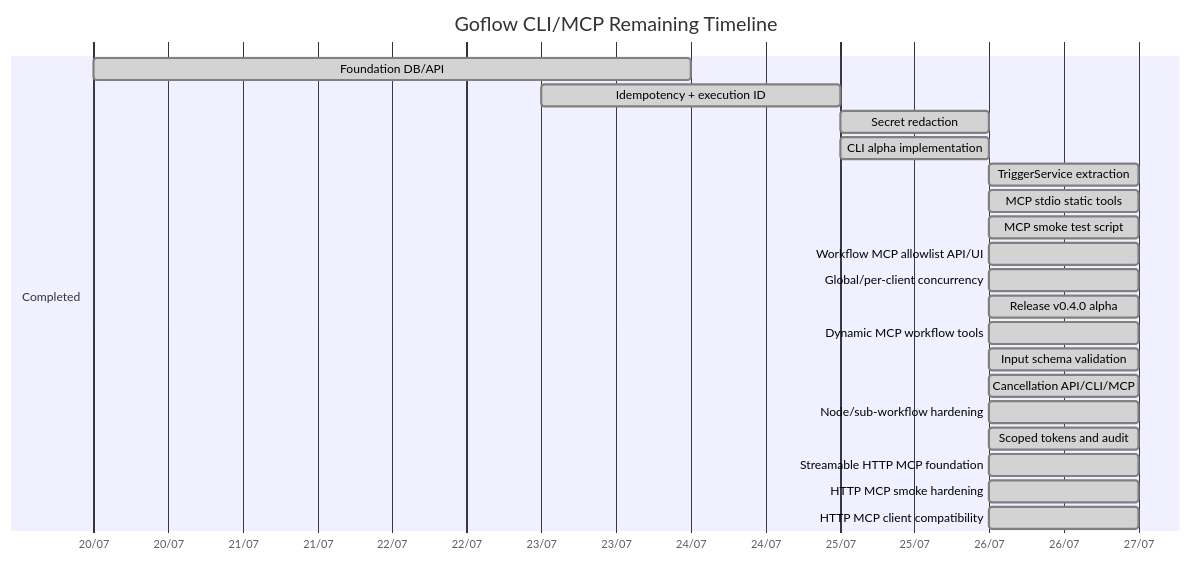
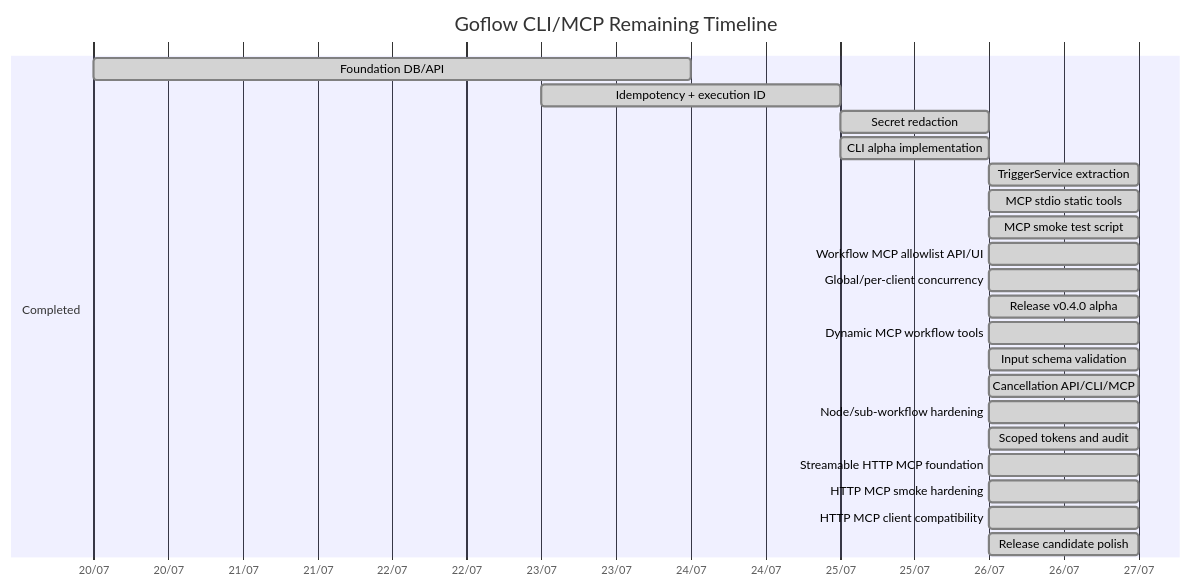
Before and after one commit to hstptcn5/Goflow: the second of 2 diagrams in ROADMAP_PROGRESS.md, drawn with Mermaid. The commit also changed other lines of this file and 15 other files, not shown here.

Commit message:
done roadmap cli/mcp

````diff
--- a/ROADMAP_PROGRESS.md
+++ b/ROADMAP_PROGRESS.md
@@ -85,28 +88,29 @@
 ```mermaid
 gantt
     title Goflow CLI/MCP Remaining Timeline
     dateFormat  YYYY-MM-DD
     axisFormat  %d/%m
 
     section Completed
     Foundation DB/API             :done, f1, 2026-07-20, 4d
     Idempotency + execution ID     :done, f2, 2026-07-23, 2d
     Secret redaction               :done, f3, 2026-07-25, 1d
     CLI alpha implementation       :done, cli1, 2026-07-25, 1d
     TriggerService extraction      :done, svc1, 2026-07-26, 1d
     MCP stdio static tools         :done, mcp1, 2026-07-26, 1d
     MCP smoke test script          :done, mcp2, 2026-07-26, 1d
     Workflow MCP allowlist API/UI  :done, mcp3, 2026-07-26, 1d
     Global/per-client concurrency  :done, hard0, 2026-07-26, 1d
     Release v0.4.0 alpha           :done, rel1, 2026-07-26, 1d
     Dynamic MCP workflow tools     :done, mcp4, 2026-07-26, 1d
     Input schema validation        :done, mcp5, 2026-07-26, 1d
     Cancellation API/CLI/MCP       :done, hard2, 2026-07-26, 1d
     Node/sub-workflow hardening    :done, hard1, 2026-07-26, 1d
     Scoped tokens and audit        :done, sec1, 2026-07-26, 1d
 
     section Completed
     Streamable HTTP MCP foundation :done, http1, 2026-07-26, 1d
     HTTP MCP smoke hardening       :done, http2, 2026-07-26, 1d
     HTTP MCP client compatibility  :done, http3, 2026-07-26, 1d
+    Release candidate polish       :done, rc1, 2026-07-26, 1d
 ```
````
